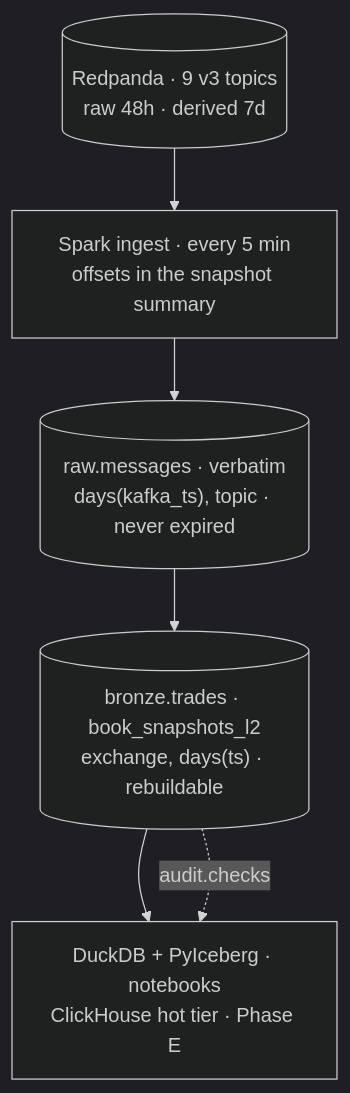
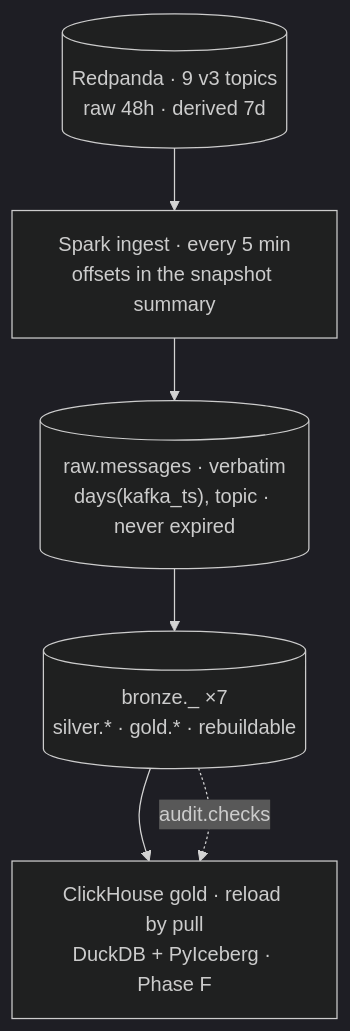
One commit to rjdscott/k2-market-data-platform changed the fourth of 5 diagrams in docs/architecture/README.md. Above: the diagram before and after it, drawn with Mermaid (dark theme). The commit also changed other lines of this file and 52 other files, not shown here.

````diff
--- a/docs/architecture/README.md
+++ b/docs/architecture/README.md
@@ -290,10 +295,10 @@
 ```mermaid
 flowchart TB
   RP[("Redpanda · 9 v3 topics<br/>raw 48h · derived 7d")]
   ING["Spark ingest · every 5 min<br/>offsets in the snapshot summary"]
   RAW[("raw.messages · verbatim<br/>days(kafka_ts), topic · never expired")]
-  BR[("bronze.trades · book_snapshots_l2<br/>exchange, days(ts) · rebuildable")]
-  Q["DuckDB + PyIceberg · notebooks<br/>ClickHouse hot tier · Phase E"]
+  BR[("bronze.<venue>_<msgtype> ×7<br/>silver.* · gold.* · rebuildable")]
+  Q["ClickHouse gold · reload by pull<br/>DuckDB + PyIceberg · Phase F"]
   RP --> ING --> RAW --> BR --> Q
   BR -.->|"audit.checks"| Q
 ```
````
